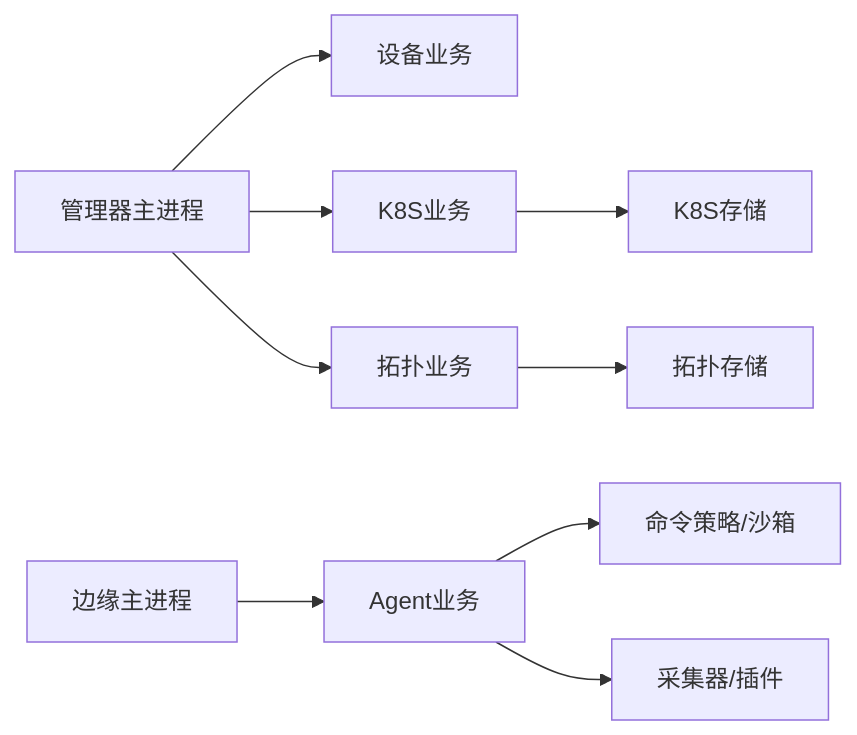
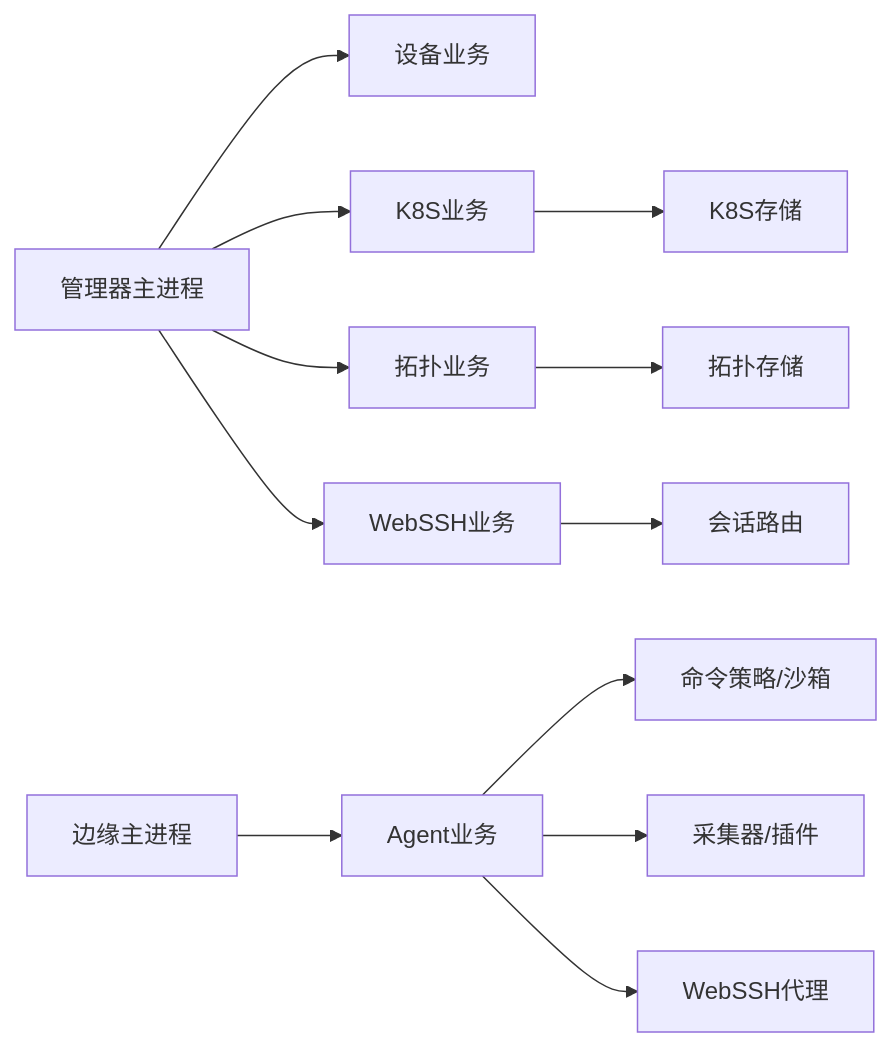
One commit to xied1133-oss/ongrid changed the ninth of 9 diagrams in .qoder/repowiki/zh/content/设备管理/设备管理.md. Above: the diagram before and after it, drawn with Mermaid. The commit also changed other lines of this file and 131 other files, not shown here.

````diff
--- a/.qoder/repowiki/zh/content/设备管理/设备管理.md
+++ b/.qoder/repowiki/zh/content/设备管理/设备管理.md
@@ -324,11 +400,14 @@
 ```mermaid
 graph LR
 Main["管理器主进程"] --> BizDevice["设备业务"]
 Main --> BizK8s["K8S业务"]
 Main --> BizTopology["拓扑业务"]
+Main --> BizWebshell["WebSSH业务"]
 EdgeMain["边缘主进程"] --> AgentBiz["Agent业务"]
 AgentBiz --> CmdPolicy["命令策略/沙箱"]
 AgentBiz --> Collector["采集器/插件"]
+AgentBiz --> Webshell["WebSSH代理"]
 BizTopology --> Store["拓扑存储"]
 BizK8s --> K8sStore["K8S存储"]
+BizWebshell --> Router["会话路由"]
 ```
````
